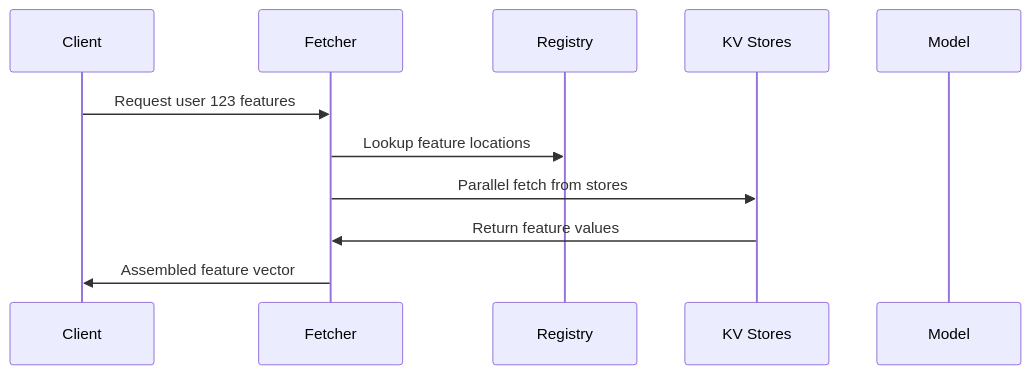
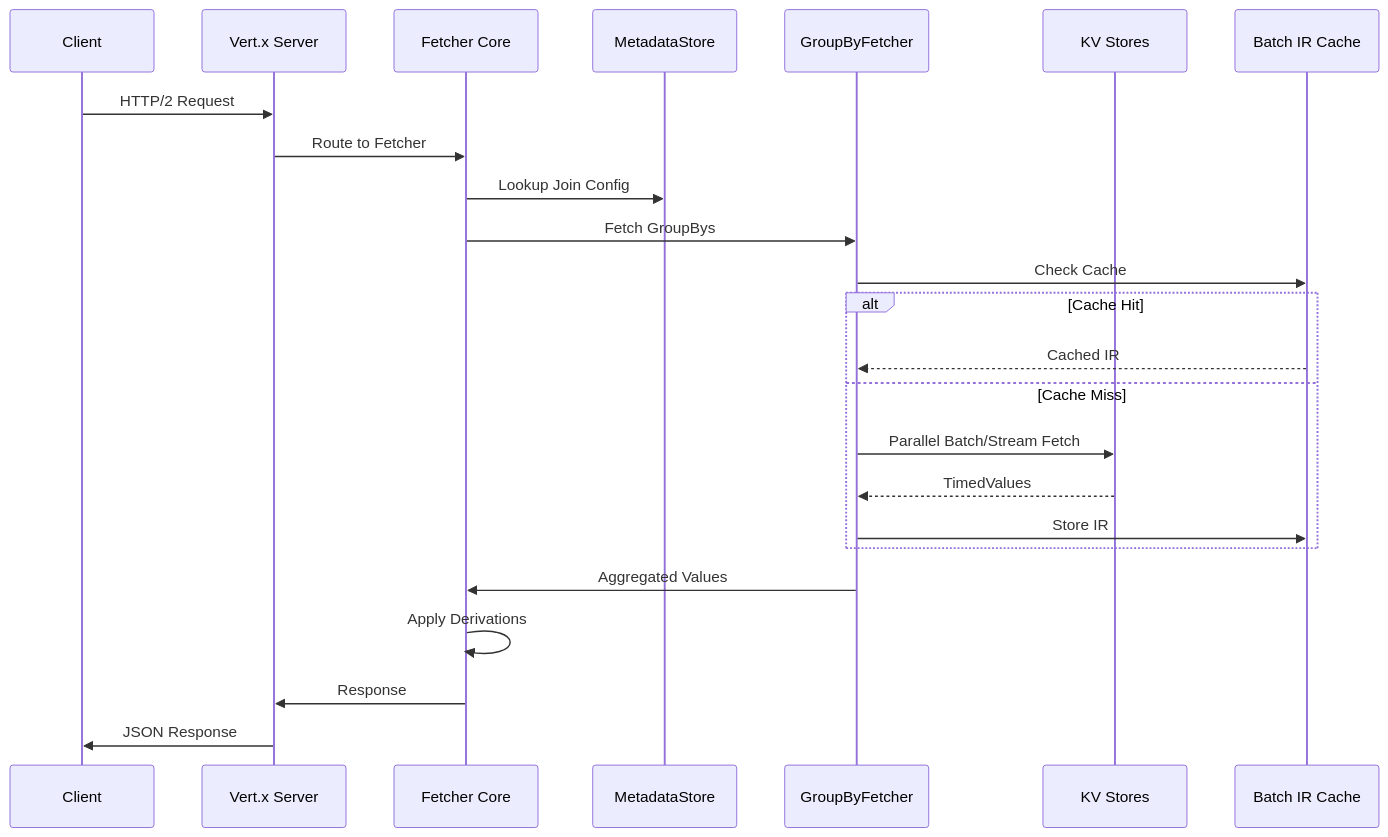
The diagram in 06_fetcher_service_.md (lsgrep/chronon-knowledge-graph), drawn with Mermaid before and after one commit. The commit also changed other lines of this file and 2 other files, not shown here.

````diff
--- a/06_fetcher_service_.md
+++ b/06_fetcher_service_.md
@@ -156,14 +156,27 @@
 ```mermaid
 sequenceDiagram
     participant C as Client
-    participant F as Fetcher
-    participant R as Registry
+    participant V as Vert.x Server
+    participant F as Fetcher Core
+    participant M as MetadataStore
+    participant GB as GroupByFetcher
     participant KV as KV Stores
-    participant M as Model
+    participant Cache as Batch IR Cache
     
-    C->>F: Request user 123 features
-    F->>R: Lookup feature locations
-    F->>KV: Parallel fetch from stores
-    KV->>F: Return feature values
-    F->>C: Assembled feature vector
+    C->>V: HTTP/2 Request
+    V->>F: Route to Fetcher
+    F->>M: Lookup Join Config
+    F->>GB: Fetch GroupBys
+    GB->>Cache: Check Cache
+    alt Cache Hit
+        Cache-->>GB: Cached IR
+    else Cache Miss
+        GB->>KV: Parallel Batch/Stream Fetch
+        KV-->>GB: TimedValues
+        GB->>Cache: Store IR
+    end
+    GB->>F: Aggregated Values
+    F->>F: Apply Derivations
+    F->>V: Response
+    V->>C: JSON Response
 ```
````
